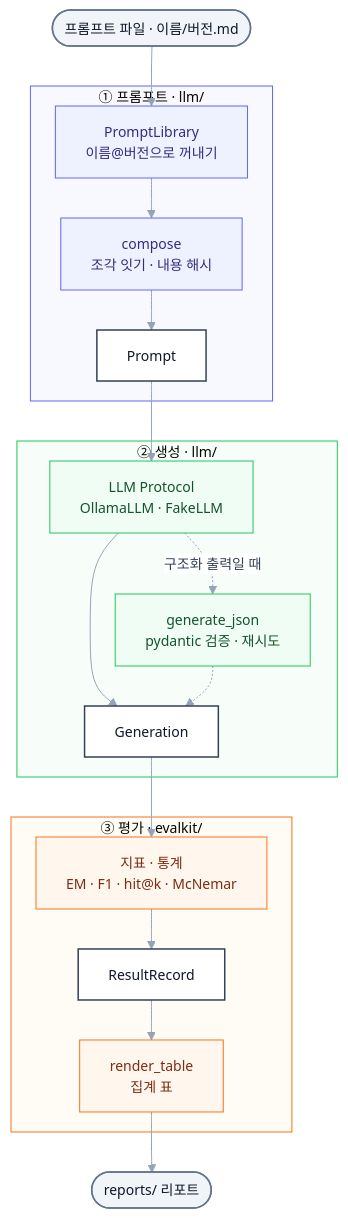
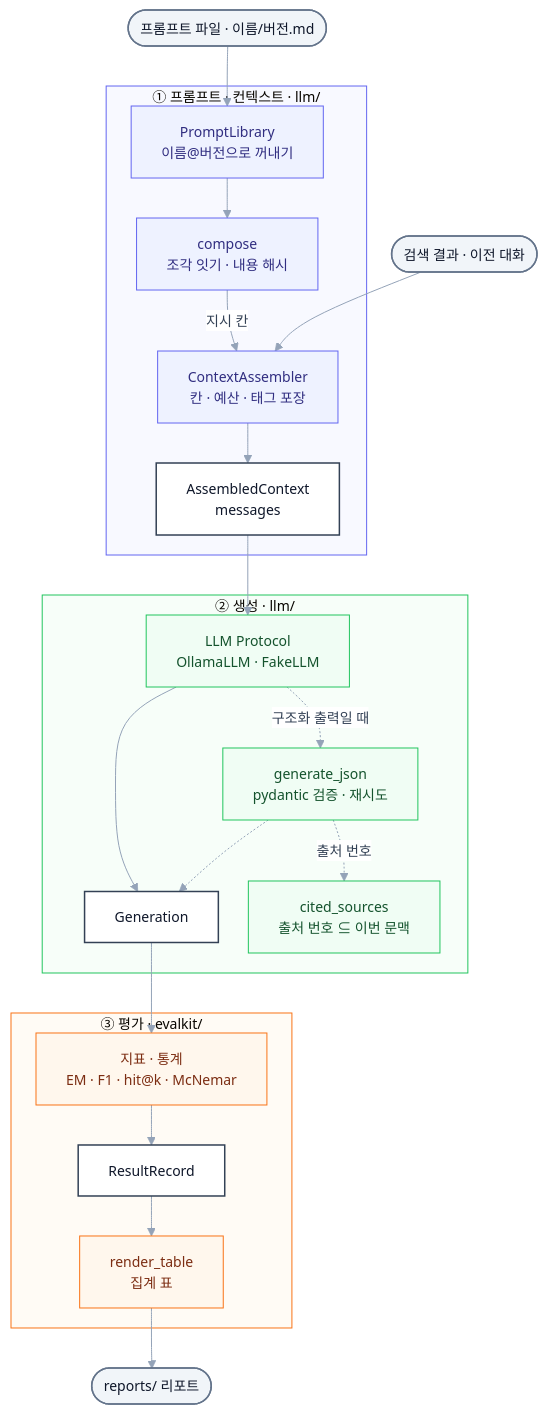
One commit to calm-sea-psy/llm-playground-llm changed the diagram in README.md. Above: the diagram before and after it, drawn with Mermaid. The commit also changed other lines of this file and 2 other files, not shown here.

Commit message:
docs: README 에 컨텍스트 엔진 사용법 추가

````diff
--- a/README.md
+++ b/README.md
@@ -7,47 +7,53 @@
 ```mermaid
 %%{init: {"theme": "base", "flowchart": {"htmlLabels": true, "curve": "basis", "nodeSpacing": 30, "rankSpacing": 40}, "themeVariables": {"fontSize": "14px", "lineColor": "#94A3B8", "clusterBkg": "#FFFFFF", "clusterBorder": "#CBD5E1", "edgeLabelBackground": "#FFFFFF", "primaryTextColor": "#334155"}}}%%
 
 flowchart TD
     IN(["프롬프트 파일 · 이름/버전.md"]):::io
+    IN2(["검색 결과 · 이전 대화"]):::io
 
-    subgraph S1["① 프롬프트 · llm/"]
+    subgraph S1["① 프롬프트 · 컨텍스트 · llm/"]
         A1["PromptLibrary<br/>이름@버전으로 꺼내기"]:::s1
         A2["compose<br/>조각 잇기 · 내용 해시"]:::s1
-        R1["Prompt"]:::out
+        A3["ContextAssembler<br/>칸 · 예산 · 태그 포장"]:::s1
+        R1["AssembledContext<br/>messages"]:::out
         A1 --> A2
-        A2 --> R1
+        A2 -->|지시 칸| A3
+        A3 --> R1
     end
 
     subgraph S2["② 생성 · llm/"]
         B1["LLM Protocol<br/>OllamaLLM · FakeLLM"]:::s2
         B2["generate_json<br/>pydantic 검증 · 재시도"]:::s2
+        B3["cited_sources<br/>출처 번호 ⊆ 이번 문맥"]:::s2
         R2["Generation"]:::out
         B1 --> R2
         B1 -.->|구조화 출력일 때| B2
         B2 -.-> R2
+        B2 -.->|출처 번호| B3
     end
 
     subgraph S3["③ 평가 · evalkit/"]
         C1["지표 · 통계<br/>EM · F1 · hit@k · McNemar"]:::s3
         R3["ResultRecord"]:::out
         C2["render_table<br/>집계 표"]:::s3
         C1 --> R3
         R3 --> C2
     end
 
     OUT(["reports/ 리포트"]):::io
 
     IN --> A1
+    IN2 --> A3
     R1 --> B1
     R2 --> C1
     C2 --> OUT
 
     style S1 fill:#F8F9FF,stroke:#6366F1
     style S2 fill:#F7FEF9,stroke:#22C55E
     style S3 fill:#FFFBF5,stroke:#F97316
     classDef io fill:#F1F5F9,stroke:#64748B,color:#0F172A,stroke-width:1.5px
     classDef s1 fill:#EEF2FF,stroke:#6366F1,color:#312E81
     classDef s2 fill:#F0FDF4,stroke:#22C55E,color:#14532D
     classDef s3 fill:#FFF7ED,stroke:#F97316,color:#7C2D12
     classDef out fill:#FFFFFF,stroke:#334155,color:#0F172A,stroke-width:1.5px
 ```
````
